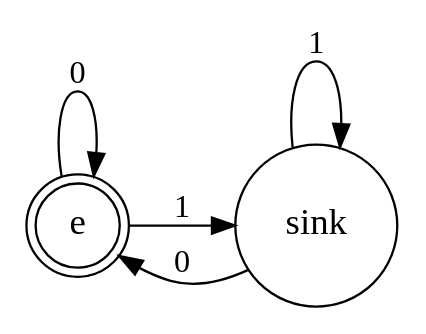
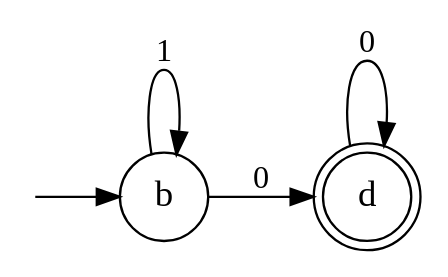
One commit to amowy/automaton changed the diagram in resources/auto2_minimized.dot. Above: the diagram before and after it, drawn with Graphviz. The commit also changed 12 other files, not shown here.

```diff
--- a/resources/auto2_minimized.dot
+++ b/resources/auto2_minimized.dot
@@ -1,15 +1,16 @@
 digraph G {
     ranksep=0.5;
     nodesep=0.5;
     rankdir=LR;
     node [shape="circle", fontsize="16"];
     fontsize="10";
     compound=true;
 
-    e [shape=doublecircle];
+    ib [shape=point, style=invis];
+    d [shape=doublecircle];
 
-    sink -> sink [label="1"];
-    e -> e [label="0"];
-    e -> sink [label="1"];
-    sink -> e [label="0"];
+    ib -> b;
+    b -> d [label="0"];
+    d -> d [label="0"];
+    b -> b [label="1"];
 }
```
